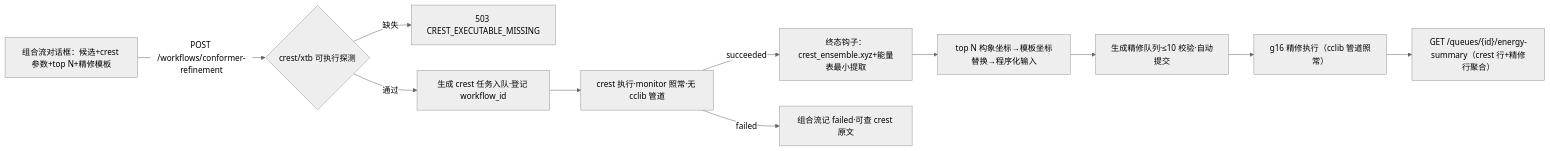
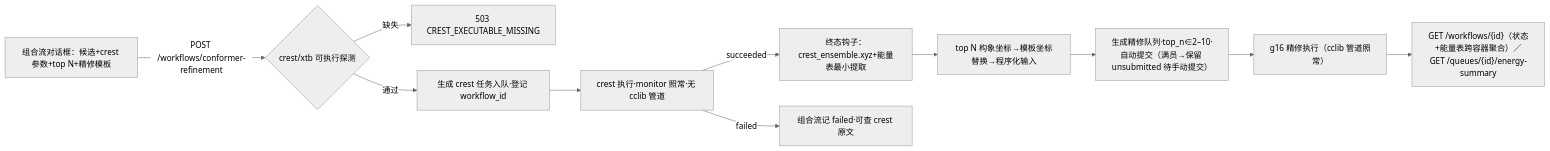
Before and after one commit to baizhancaiji/gauforge: the sixth of 6 diagrams in docs/plans/m3-m4-plan.md, drawn with Mermaid (neutral theme). The commit also changed other lines of this file, not shown here.

````diff
--- a/docs/plans/m3-m4-plan.md
+++ b/docs/plans/m3-m4-plan.md
@@ -608,13 +745,13 @@
 ```mermaid
 flowchart LR
     DIA[组合流对话框：候选+crest 参数+top N+精修模板] -->|"POST /workflows/conformer-refinement"| CHK{crest/xtb 可执行探测}
     CHK -->|缺失| E503[503 CREST_EXECUTABLE_MISSING]
     CHK -->|通过| CT[生成 crest 任务入队·登记 workflow_id]
     CT --> CR[crest 执行·monitor 照常·无 cclib 管道]
     CR -->|succeeded| EXT[终态钩子：crest_ensemble.xyz+能量表最小提取]
     CR -->|failed| WFB[组合流记 failed·可查 crest 原文]
     EXT --> GEN[top N 构象坐标→模板坐标替换→程序化输入]
-    GEN --> Q[生成精修队列·≤10 校验·自动提交]
+    GEN --> Q[生成精修队列·top_n∈2–10·自动提交（满员→保留 unsubmitted 待手动提交）]
     Q --> REF[g16 精修执行（cclib 管道照常）]
-    REF --> SUM["GET /queues/{id}/energy-summary（crest 行+精修行聚合）"]
+    REF --> SUM["GET /workflows/{id}（状态+能量表跨容器聚合）／GET /queues/{id}/energy-summary"]
 ```
````
